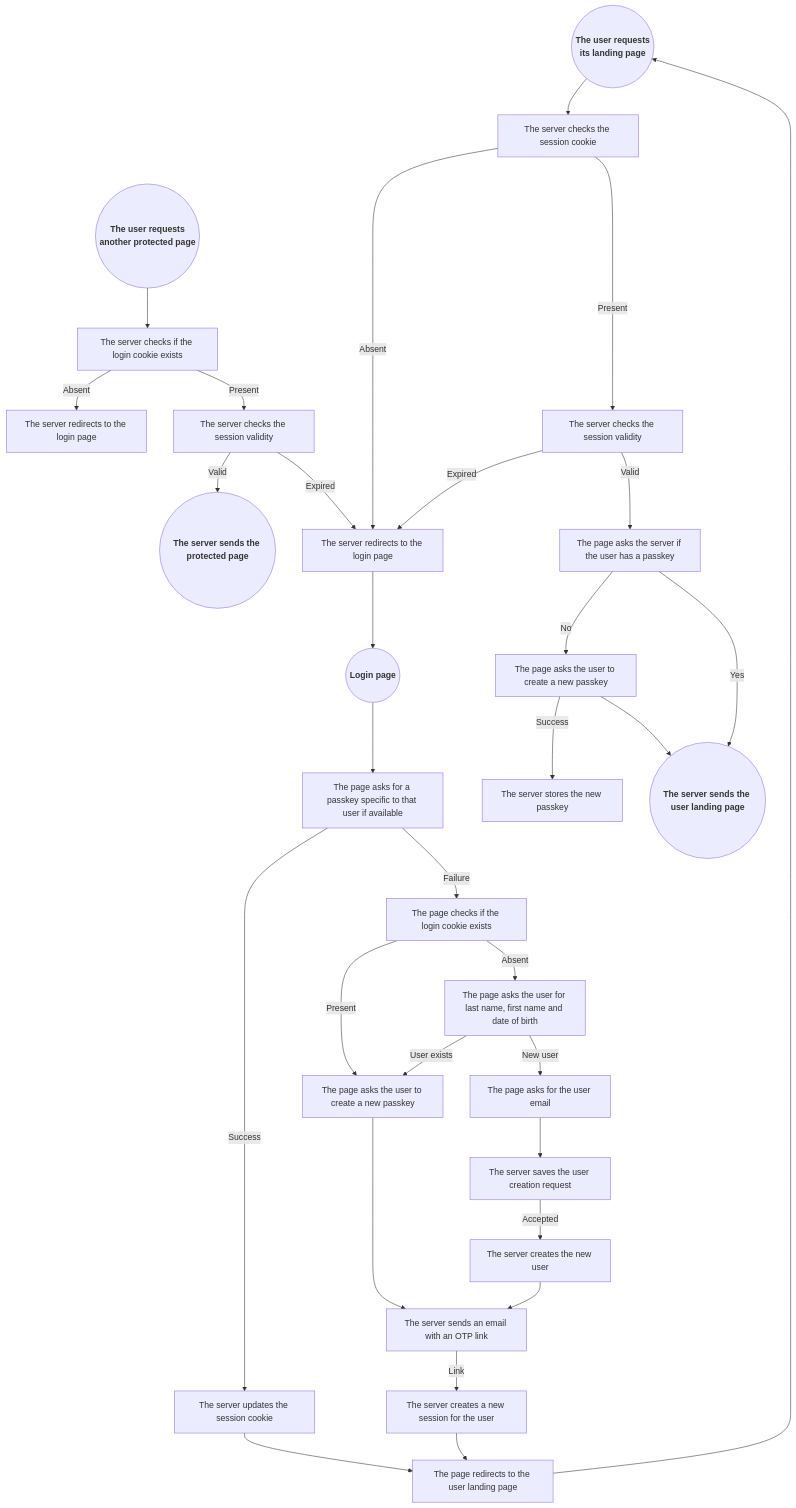
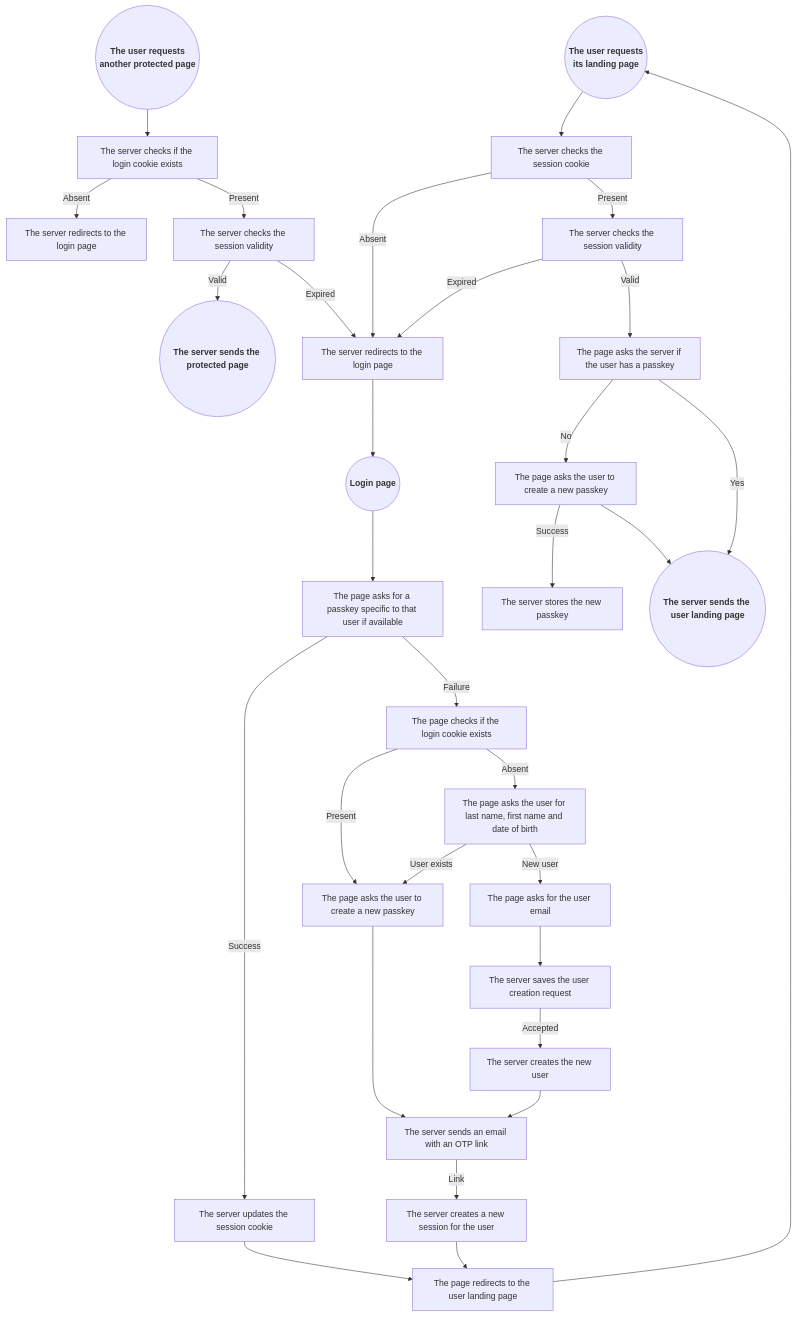
Before and after one commit to programingjd/tiered_server: the diagram in README.md, drawn with Mermaid.

````diff
--- a/README.md
+++ b/README.md
@@ -123,40 +123,40 @@
 ```mermaid
 graph TD;
   UserLandingPageRequest(("<b>The user requests<br>its landing page</b>"))
   ProtectedPageRequest(("<b>The user requests<br>another protected page</b>"))
   LoginPageRequest(("<b>Login page</b>"))
   
   ProtectedPageRequest-->QueryCookie1[The server checks if the login cookie exists]
   QueryCookie1-->|Absent|LoginPageRedirect1[The server redirects to the login page]
   QueryCookie1-->|Present|CheckSessionValidity1[The server checks the session validity]
   CheckSessionValidity1-->|Valid|ProtectedPageResponse(("<b>The server sends the protected page<b>"))
   CheckSessionValidity1-->|Expired|LoginPageRedirect
 
   UserLandingPageRequest-->QueryCookie2[The server checks the session cookie]
   QueryCookie2-->|Absent|LoginPageRedirect[The server redirects to the login page]
-  QueryCookie2---->|Present|CheckSessionValidity2[The server checks the session validity]
+  QueryCookie2-->|Present|CheckSessionValidity2[The server checks the session validity]
   CheckSessionValidity2-->|Expired|LoginPageRedirect
   CheckSessionValidity2-->|Valid|QueryExistingPasskey2[The page asks the server if the user has a passkey]
   QueryExistingPasskey2-->|No|NewPasskeyPrompt2[The page asks the user to create a new passkey]
   QueryExistingPasskey2-->|Yes|UserLandingPageResponse(("<b>The server sends the user landing page<b>"))
   NewPasskeyPrompt2-->|Success|NewPasskeyStore2[The server stores the new passkey]
   NewPasskeyPrompt2-->UserLandingPageResponse
 
   LoginPageRequest-->QueryPasskey[The page asks for a passkey specific to that user if available]
   QueryPasskey-->|Success|SessionCookieUpdate[The server updates the session cookie]
   SessionCookieUpdate-->UserLandingPageRedirect[The page redirects to the user landing page]
   QueryPasskey-->|Failure|QueryCookie3[The page checks if the login cookie exists]
   QueryCookie3-->|Present|NewPasskeyPrompt3[The page asks the user to create a new passkey]
   QueryCookie3-->|Absent|UserForm[The page asks the user for last name, first name and date of birth]
   UserForm-->|User exists|NewPasskeyPrompt3
   NewPasskeyPrompt3-->EmailOTP[The server sends an email with an OTP link]
   EmailOTP-->|Link|NewSession[The server creates a new session for the user]
   NewSession-->UserLandingPageRedirect
   UserForm-->|New user|NewUser[The page asks for the user email]
   NewUser-->UserModeration[The server saves the user creation request]
   UserModeration-->|Accepted|UserCreation[The server creates the new user]
   UserCreation-->EmailOTP
   
   UserLandingPageRedirect-->UserLandingPageRequest
   LoginPageRedirect-->LoginPageRequest
 ```
````
